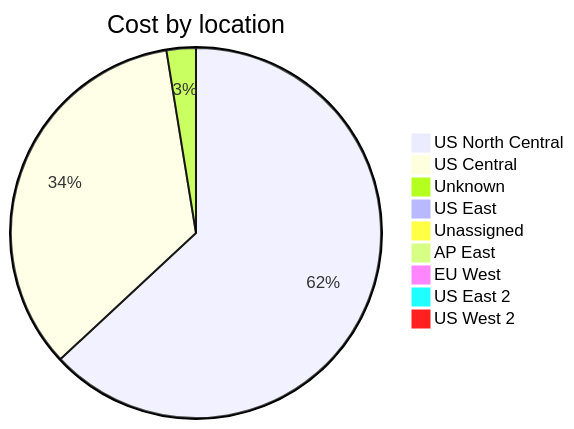
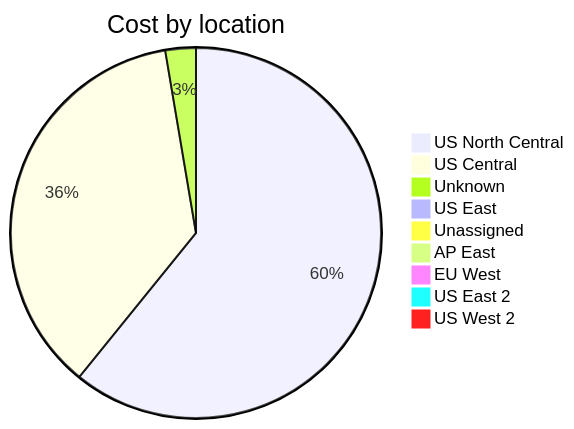
The third of 4 diagrams in cost-reports/accumulated-cost.md (jpfulton/azure-personal-reports), drawn with Mermaid before and after one commit. The commit also changed other lines of this file and 4 other files, not shown here.

````diff
--- a/cost-reports/accumulated-cost.md
+++ b/cost-reports/accumulated-cost.md
@@ -131,13 +131,13 @@
 ```mermaid
 pie
    title Cost by location
    "US North Central" : 15.77
-   "US Central" : 8.59
-   "Unknown" : 0.64
-   "US East" : 0.14
+   "US Central" : 9.46
+   "Unknown" : 0.69
+   "US East" : 0.16
    "Unassigned" : 0.10
    "AP East" : 0.00
    "EU West" : 0.00
    "US East 2" : 0.00
    "US West 2" : 0.00
 ```
````
